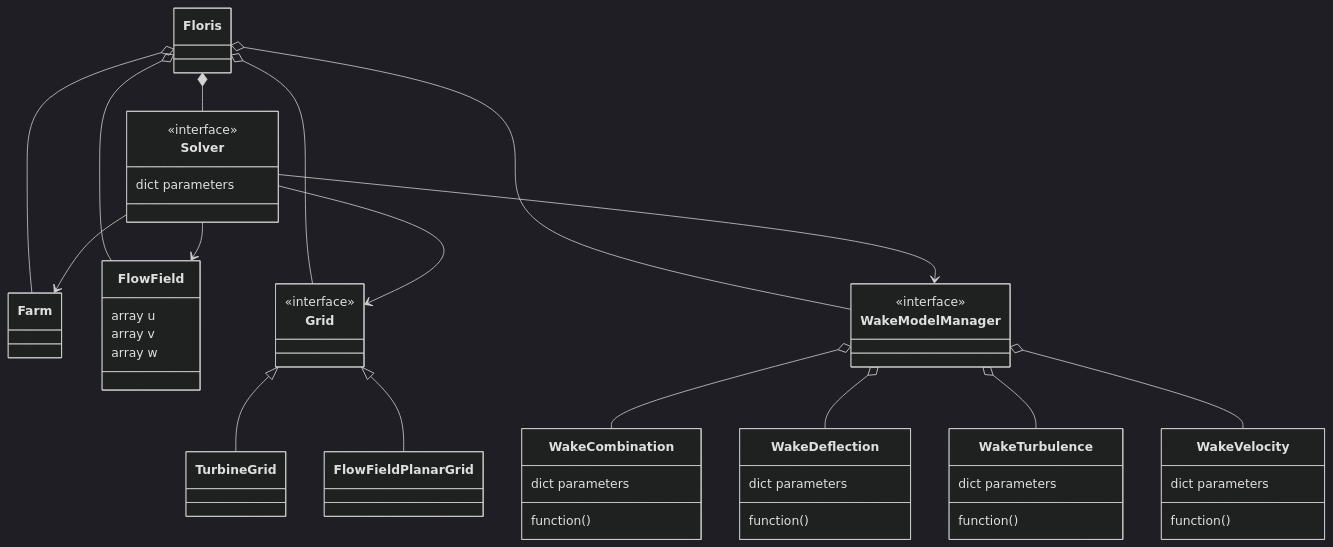
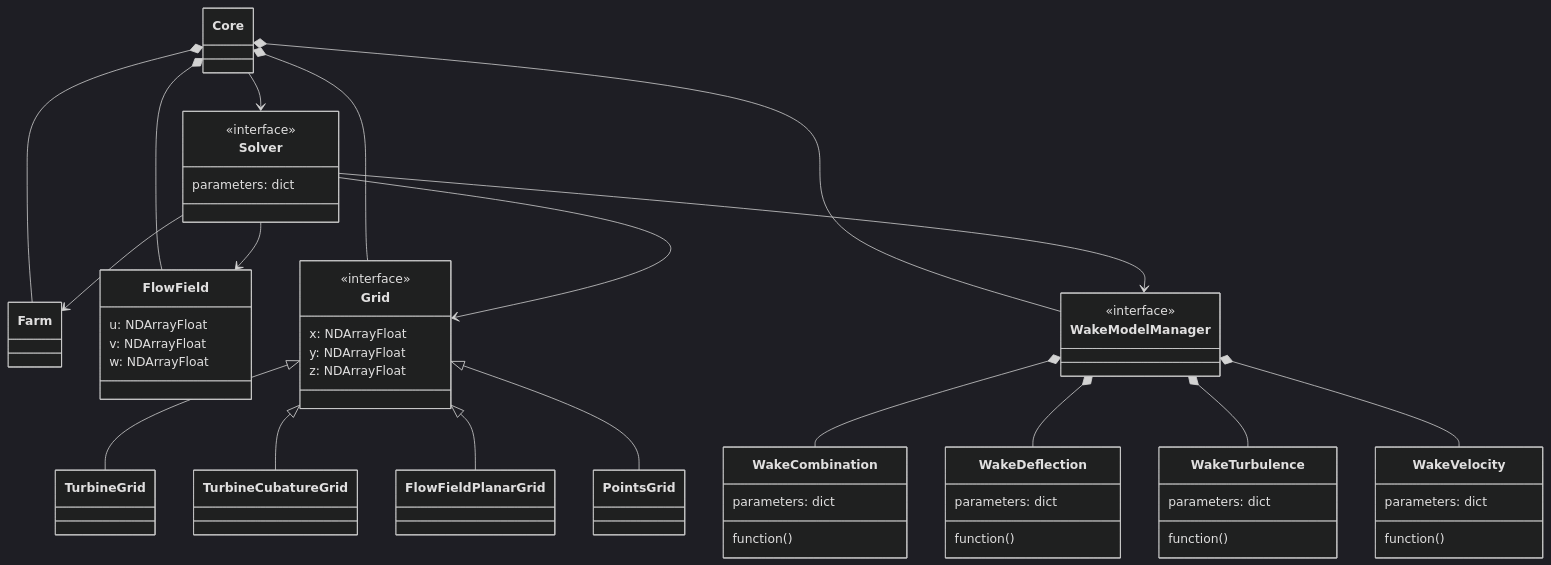
The second of 2 diagrams in _sources/architecture.md (jaredthomas68/floris), drawn with Mermaid (dark theme) before and after one commit. The commit also changed other lines of this file and 1239 other files, not shown here.

````diff
--- a/_sources/architecture.md
+++ b/_sources/architecture.md
@@ -70,62 +69,69 @@
 ```{mermaid}
 classDiagram
 
-    class Floris
+    class Core
 
     class Farm
 
     class FlowField {
-        array u
-        array v
-        array w
+        u: NDArrayFloat
+        v: NDArrayFloat
+        w: NDArrayFloat
     }
 
     class Grid {
         <<interface>>
+        x: NDArrayFloat
+        y: NDArrayFloat
+        z: NDArrayFloat
     }
     class TurbineGrid
+    class TurbineCubatureGrid
     class FlowFieldPlanarGrid
+    class PointsGrid
 
     class WakeModelManager {
         <<interface>>
     }
     class WakeCombination {
-        dict parameters
+        parameters: dict
         function()
     }
     class WakeDeflection {
-        dict parameters
+        parameters: dict
         function()
     }
     class WakeTurbulence {
-        dict parameters
+        parameters: dict
         function()
     }
     class WakeVelocity {
-        dict parameters
+        parameters: dict
         function()
     }
 
     class Solver {
         <<interface>>
-        dict parameters
+        parameters: dict
     }
 
-    Floris o-- Farm
-    Floris o-- FlowField
-    Floris o-- Grid
-    Floris o-- WakeModelManager
-    Floris *-- Solver
-    WakeModelManager o-- WakeCombination
-    WakeModelManager o-- WakeDeflection
-    WakeModelManager o-- WakeTurbulence
-    WakeModelManager o-- WakeVelocity
+    Core *-- Farm
+    Core *-- FlowField
+    Core *-- Grid
+    Core *-- WakeModelManager
+    Core --> Solver
+    WakeModelManager *-- WakeCombination
+    WakeModelManager *-- WakeDeflection
+    WakeModelManager *-- WakeTurbulence
+    WakeModelManager *-- WakeVelocity
 
     Grid <|-- TurbineGrid
+    Grid <|-- TurbineCubatureGrid
     Grid <|-- FlowFieldPlanarGrid
+    Grid <|-- PointsGrid
 
     Solver --> Farm
     Solver --> FlowField
     Solver --> Grid
     Solver --> WakeModelManager
 ```
````
